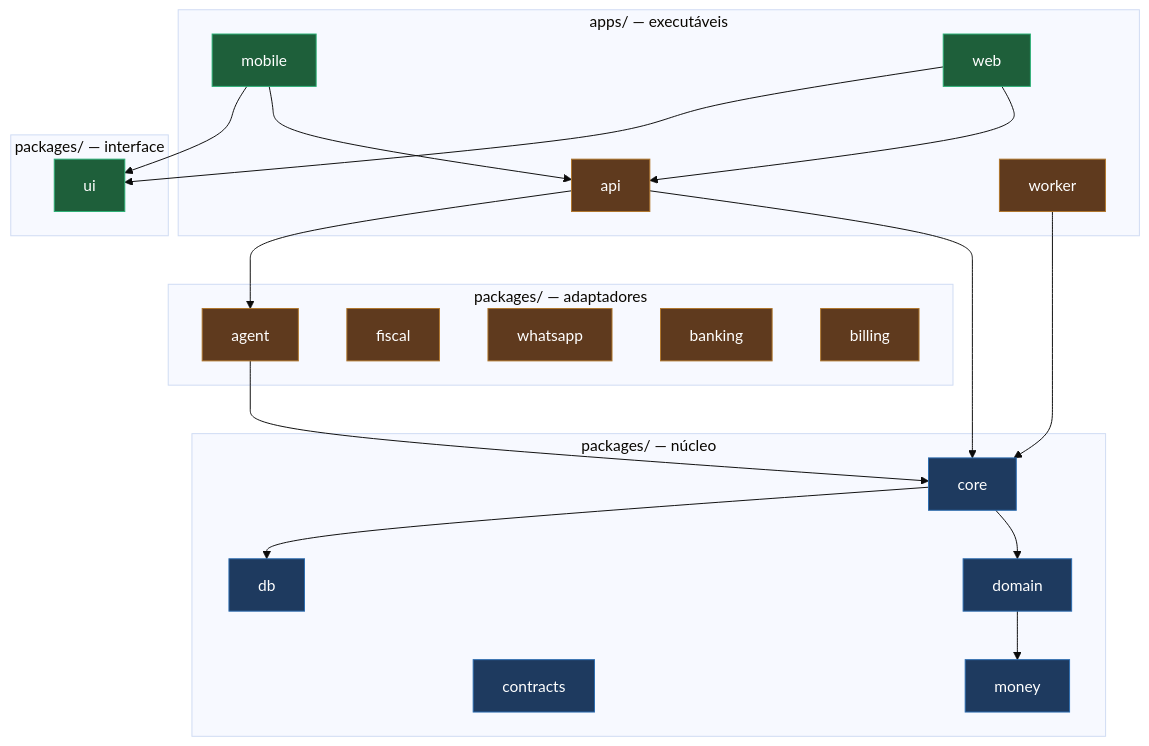
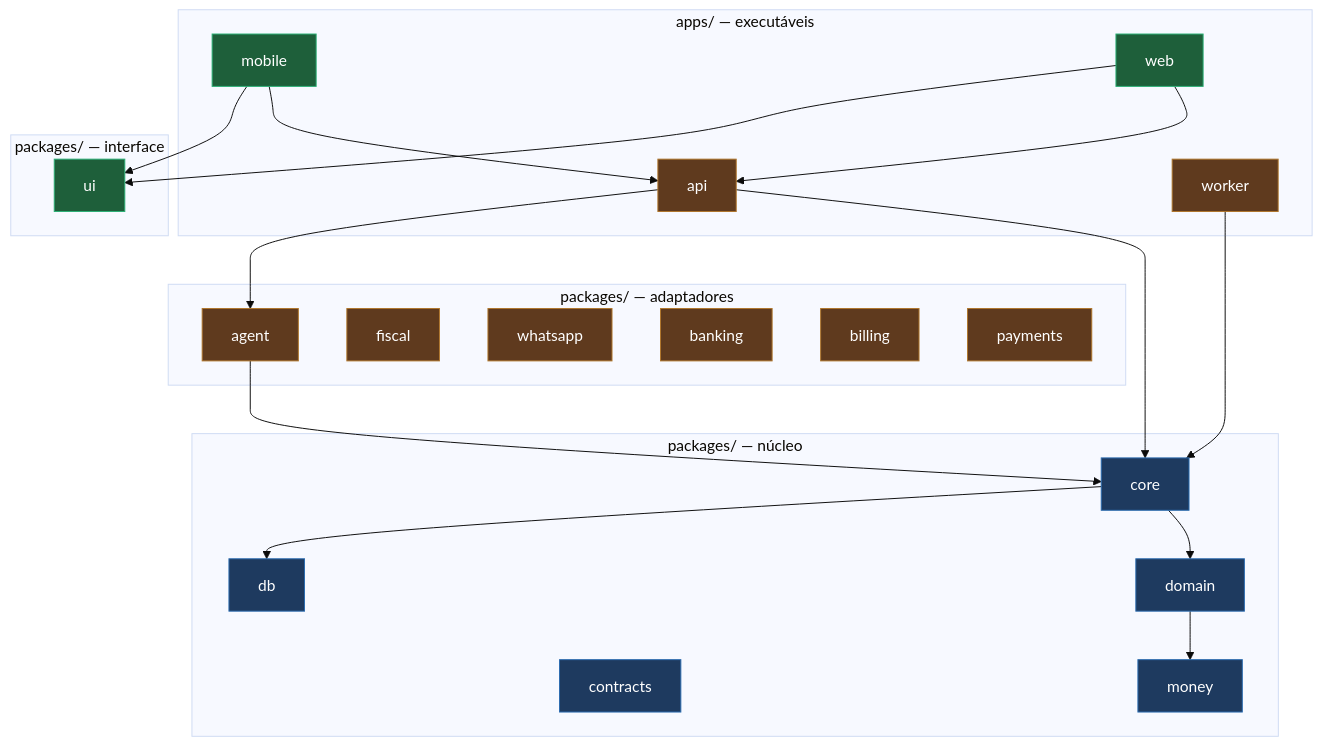
One commit to glevi2004/na-regua changed the diagram in docs/arquitetura/modulos.md. Above: the diagram before and after it, drawn with Mermaid (base theme). The commit also changed other lines of this file and 9 other files, not shown here.

````diff
--- a/docs/arquitetura/modulos.md
+++ b/docs/arquitetura/modulos.md
@@ -14,42 +14,43 @@
 ```mermaid
 flowchart TB
     subgraph apps["apps/ — executáveis"]
         API["api"]:::t2
         WRK["worker"]:::t2
         MOB["mobile"]:::t3
         WEB["web"]:::t3
     end
     subgraph nucleo["packages/ — núcleo"]
         CORE["core"]:::t1
         DOM["domain"]:::t1
         CON["contracts"]:::t1
         DB["db"]:::t1
         MON["money"]:::t1
     end
     subgraph adapters["packages/ — adaptadores"]
         AGT["agent"]:::t2
         FIS["fiscal"]:::t2
         WAP["whatsapp"]:::t2
         BNK["banking"]:::t2
         BIL["billing"]:::t2
+        PAY["payments"]:::t2
     end
     subgraph compartilhado["packages/ — interface"]
         UI["ui"]:::t3
     end
 
     MOB --> API
     WEB --> API
     API --> CORE
     API --> AGT
     WRK --> CORE
     AGT --> CORE
     CORE --> DOM
     CORE --> DB
     DOM --> MON
     MOB --> UI
     WEB --> UI
 
     classDef t1 fill:#1e3a5f,color:#fff,stroke:#2b6cb0
     classDef t2 fill:#5f3a1e,color:#fff,stroke:#b0762b
     classDef t3 fill:#1e5f3a,color:#fff,stroke:#2bb076
 ```
````
